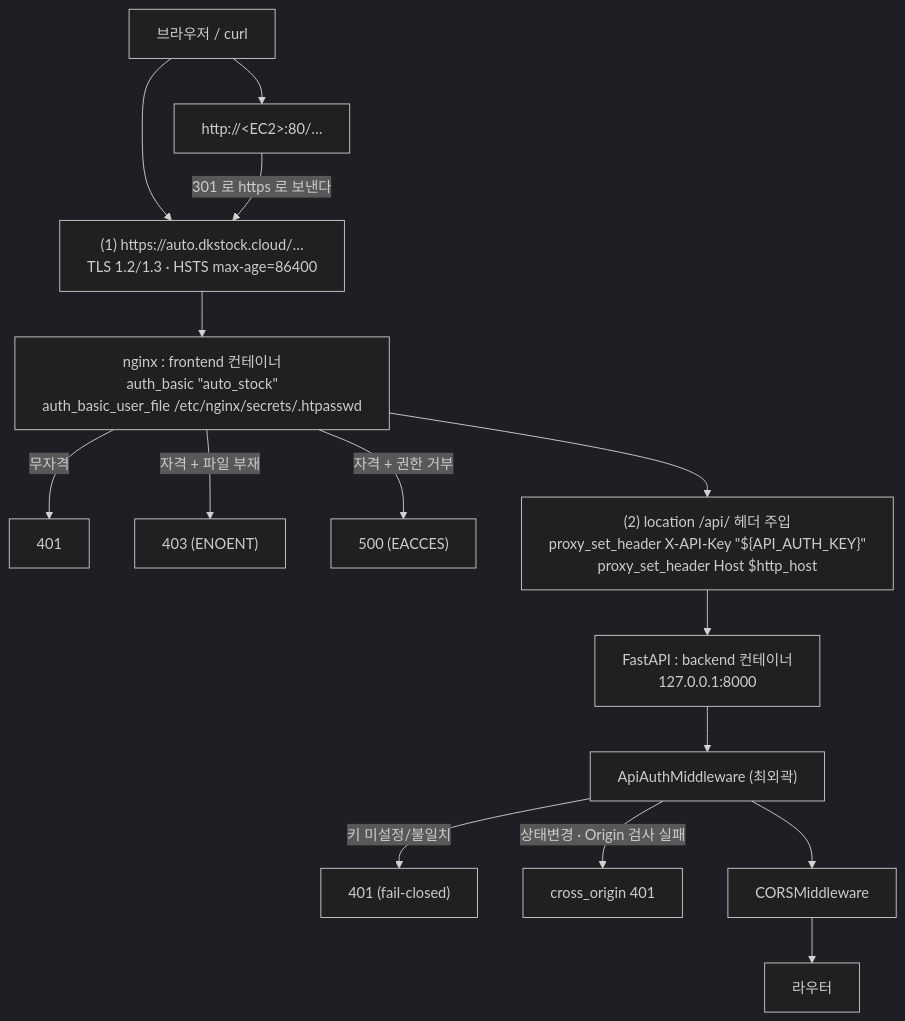
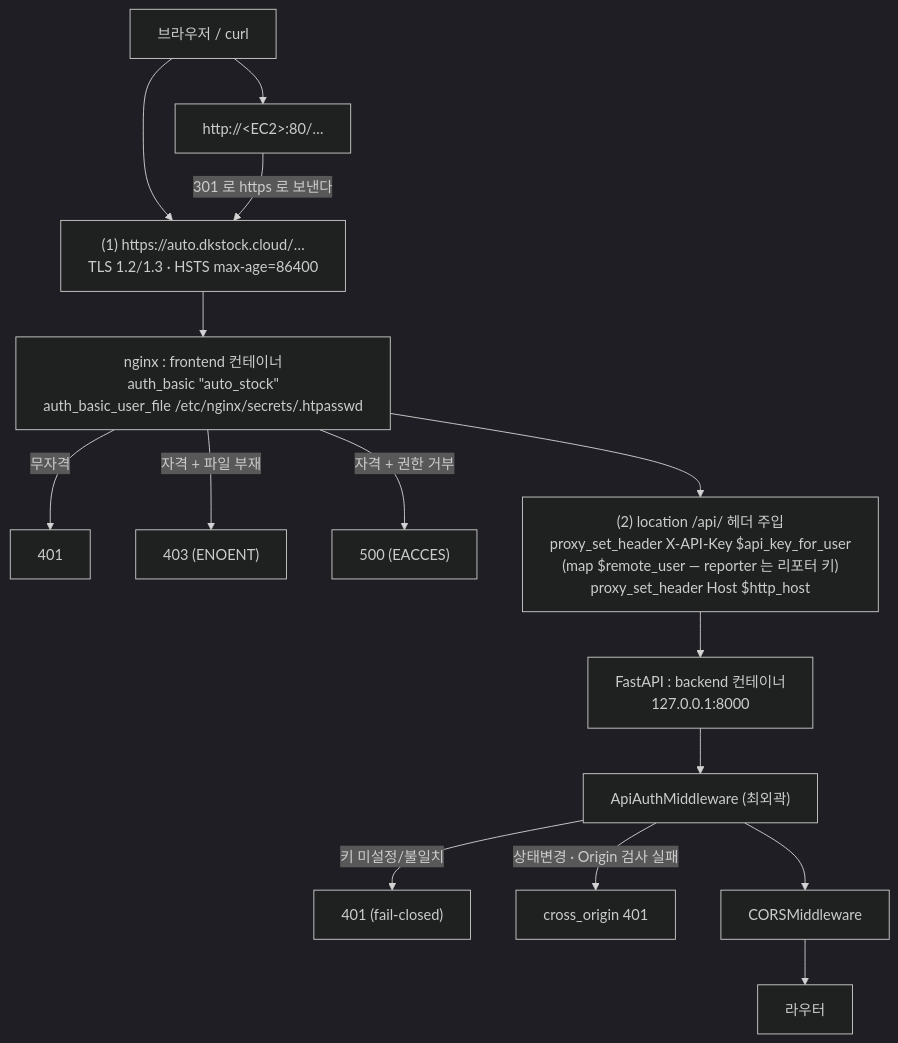
The second of 25 diagrams in docs/architecture.md (canduk910/auto_stock), drawn with Mermaid (dark theme) before and after one commit. The commit also changed other lines of this file and 4 other files, not shown here.

First line of the commit message:
docs: architecture.md 를 7전략 전체로 확대(§4 엔진 그림·멤버 표, §8 매수 신호 흐름 8.3~8.7) + Mermaid 때 찾은 불일치 정리(컨테이너 3개·배포 모드·README kojiro·깨진 앵커) + param_drift.py 모듈 맵 + cycle363 행 정정 부기

````diff
--- a/docs/architecture.md
+++ b/docs/architecture.md
@@ -28,33 +34,33 @@
 ```mermaid
 %%{init: {"flowchart": {"wrappingWidth": 360}}}%%
 flowchart TD
     CL["브라우저 / curl"]
     HTTPS["(1) https://auto.dkstock.cloud/…<br/>TLS 1.2/1.3 · HSTS max-age=86400"]
     HTTP["http://#60;EC2#62;:80/…"]
     NG["nginx : frontend 컨테이너<br/>auth_basic #quot;auto_stock#quot;<br/>auth_basic_user_file /etc/nginx/secrets/.htpasswd"]
     E401["401"]
     E403["403 (ENOENT)"]
     E500["500 (EACCES)"]
-    HDR["(2) location /api/ 헤더 주입<br/>proxy_set_header X-API-Key #quot;${API_AUTH_KEY}#quot;<br/>proxy_set_header Host $http_host"]
+    HDR["(2) location /api/ 헤더 주입<br/>proxy_set_header X-API-Key $api_key_for_user<br/>(map $remote_user — reporter 는 리포터 키)<br/>proxy_set_header Host $http_host"]
     BE["FastAPI : backend 컨테이너<br/>127.0.0.1:8000"]
     AUTH["ApiAuthMiddleware (최외곽)"]
     A401["401 (fail-closed)"]
     O401["cross_origin 401"]
     CORS["CORSMiddleware"]
     RT["라우터"]
 
     CL --> HTTPS
     CL --> HTTP
     HTTP -->|"301 로 https 로 보낸다"| HTTPS
     HTTPS --> NG
     NG -->|"무자격"| E401
     NG -->|"자격 + 파일 부재"| E403
     NG -->|"자격 + 권한 거부"| E500
     NG --> HDR
     HDR --> BE
     BE --> AUTH
     AUTH -->|"키 미설정/불일치"| A401
     AUTH -->|"상태변경 · Origin 검사 실패"| O401
     AUTH --> CORS
     CORS --> RT
 ```
````
